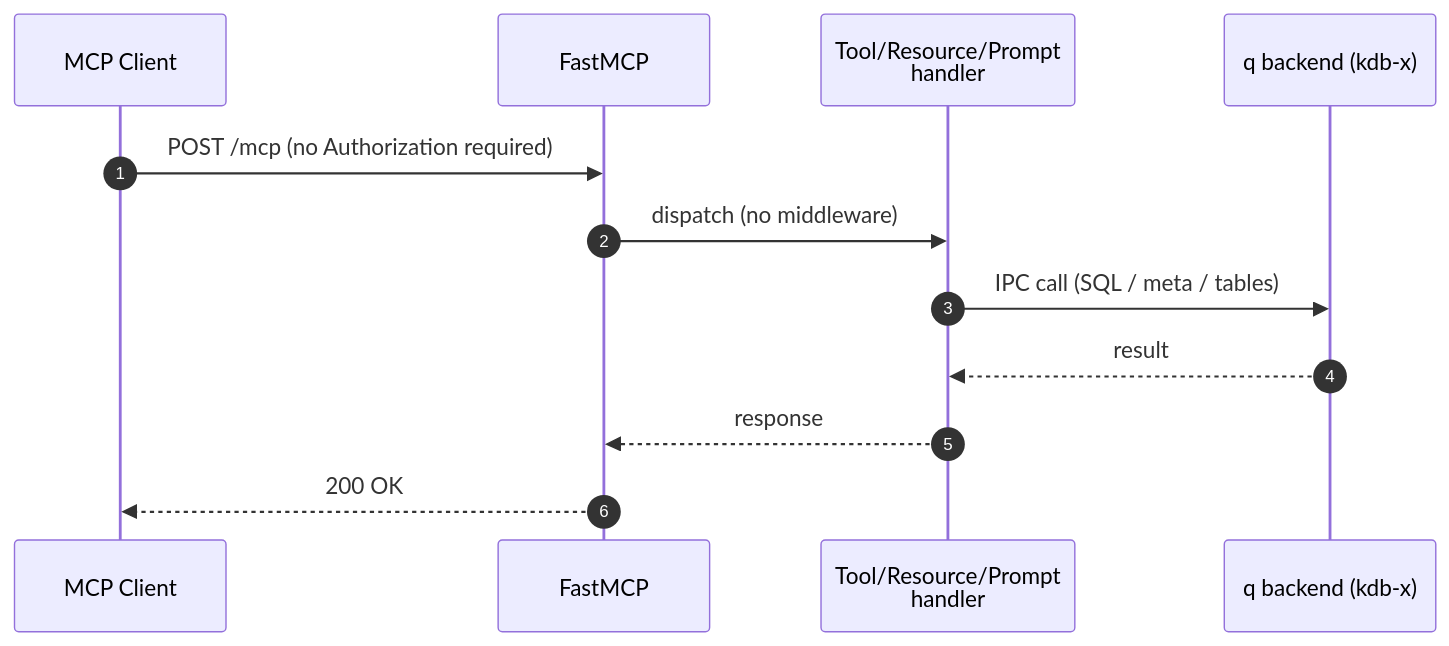
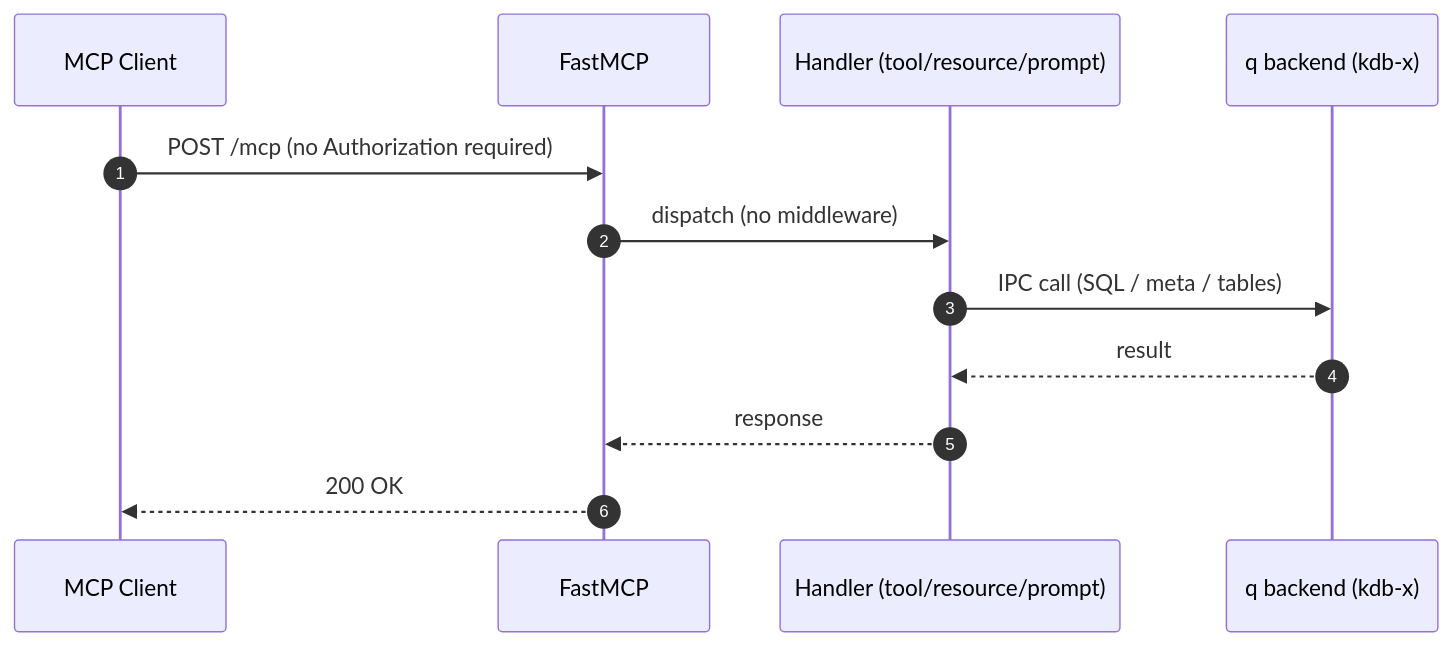
One commit to victory-scott/kdb-x-mcp-server-exp changed the first of 3 diagrams in AUTH_SPIKE.md. Above: the diagram before and after it, drawn with Mermaid. The commit also changed other lines of this file, not shown here.

First line of the commit message:
spike: fix mermaid parse errors in Mode 2 and Mode 3 sequence diagrams

````diff
--- a/AUTH_SPIKE.md
+++ b/AUTH_SPIKE.md
@@ -224,15 +224,15 @@
 ```mermaid
 sequenceDiagram
   autonumber
   participant C as MCP Client
   participant F as FastMCP
-  participant H as Tool/Resource/Prompt<br/>handler
+  participant H as Handler (tool/resource/prompt)
   participant Q as q backend (kdb-x)
 
   C->>F: POST /mcp (no Authorization required)
   F->>H: dispatch (no middleware)
   H->>Q: IPC call (SQL / meta / tables)
   Q-->>H: result
   H-->>F: response
   F-->>C: 200 OK
 ```
````
